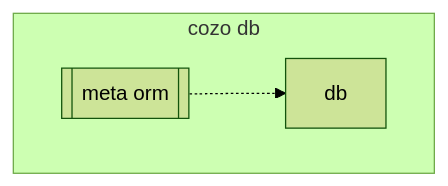
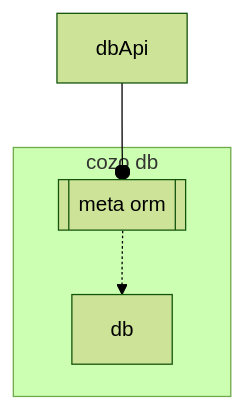
One commit to cybercongress/cyb-ts changed the second of 7 diagrams in docs/backend.md. Above: the diagram before and after it, drawn with Mermaid (forest theme). The commit also changed other lines of this file and 6 other files, not shown here.

````diff
--- a/docs/backend.md
+++ b/docs/backend.md
@@ -25,6 +21,7 @@
 ```mermaid
 graph TD;
+        dbApi["dbApi"]--odb_meta_orm;
         subgraph rune["cozo db"]
             db_meta_orm[["meta orm"]]-.->db;
         end
 ```
````
